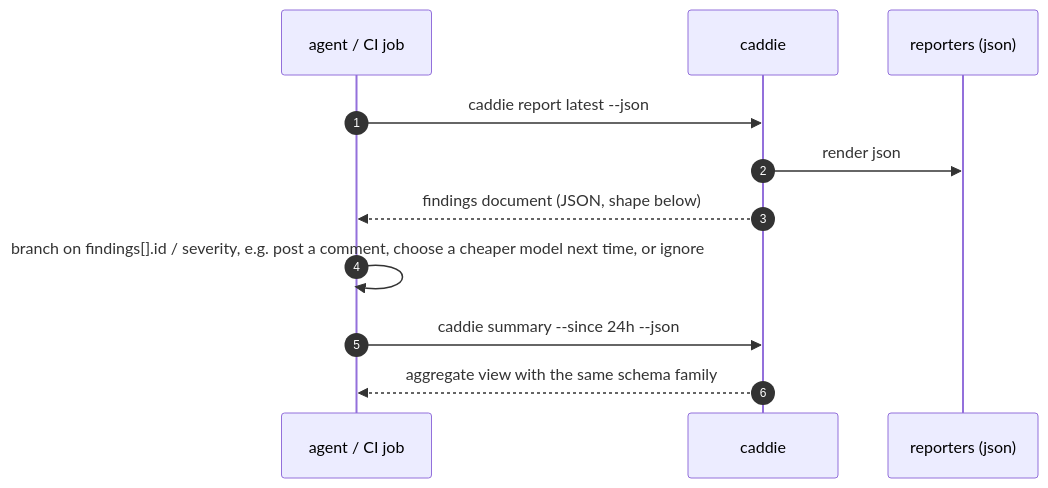
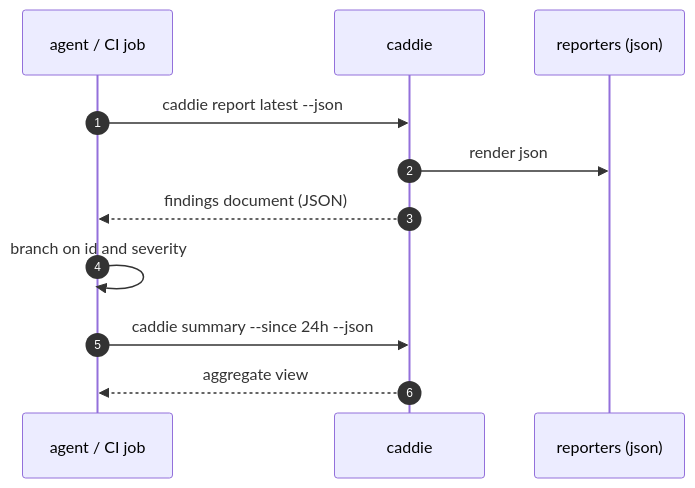
Before and after one commit to wrightm/agent-caddie: the sixth of 8 diagrams in docs/architecture/flows.md, drawn with Mermaid. The commit also changed other lines of this file, not shown here.

First line of the commit message:
docs(architecture): shorten sequence diagram labels in flows.md

````diff
--- a/docs/architecture/flows.md
+++ b/docs/architecture/flows.md
@@ -263,14 +377,14 @@
 ```mermaid
 sequenceDiagram
     autonumber
     participant A as agent / CI job
     participant CLI as caddie
     participant RP as reporters (json)
 
     A->>CLI: caddie report latest --json
     CLI->>RP: render json
-    CLI-->>A: findings document (JSON, shape below)
-    A->>A: branch on findings[].id / severity, e.g. post a comment, choose a cheaper model next time, or ignore
+    CLI-->>A: findings document (JSON)
+    A->>A: branch on id and severity
     A->>CLI: caddie summary --since 24h --json
-    CLI-->>A: aggregate view with the same schema family
+    CLI-->>A: aggregate view
 ```
````
